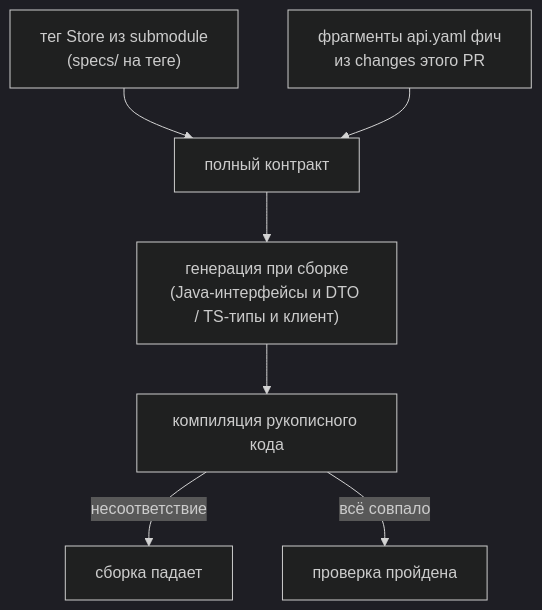
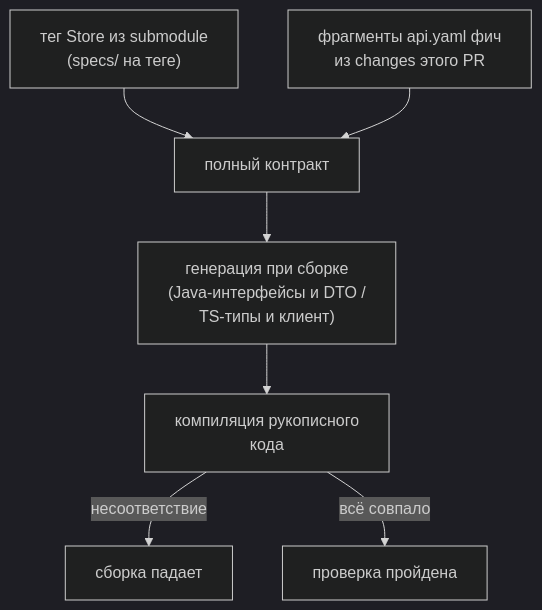
Before and after one commit to DanielUsov/SDD-Cookbook: the second of 2 diagrams in OpenSpec/cases/Sber/05-Проверки-и-сборка.md, drawn with Mermaid (dark theme). The commit also changed other lines of this file and 21 other files, not shown here.

````diff
--- a/OpenSpec/cases/Sber/05-Проверки-и-сборка.md
+++ b/OpenSpec/cases/Sber/05-Проверки-и-сборка.md
@@ -59,9 +59,9 @@
 ```mermaid
 flowchart TB
     T["тег Store из submodule<br/>(specs/ на теге)"] --> FULL["полный контракт"]
     FR["фрагменты api.yaml фич<br/>из changes этого PR"] --> FULL
-    FULL --> GEN["генерация при сборке<br/>(Java-интерфейсы и DTO / TS-типы и клиент)"]
-    GEN --> COMP["компиляция рукописного кода"]
+    FULL --> GEN["генерация при сборке<br/>(Java-интерфейсы и DTO /<br/>TS-типы и клиент)"]
+    GEN --> COMP["компиляция рукописного<br/>кода"]
     COMP -->|"несоответствие"| FAIL["сборка падает"]
     COMP -->|"всё совпало"| OK["проверка пройдена"]
 ```
````
